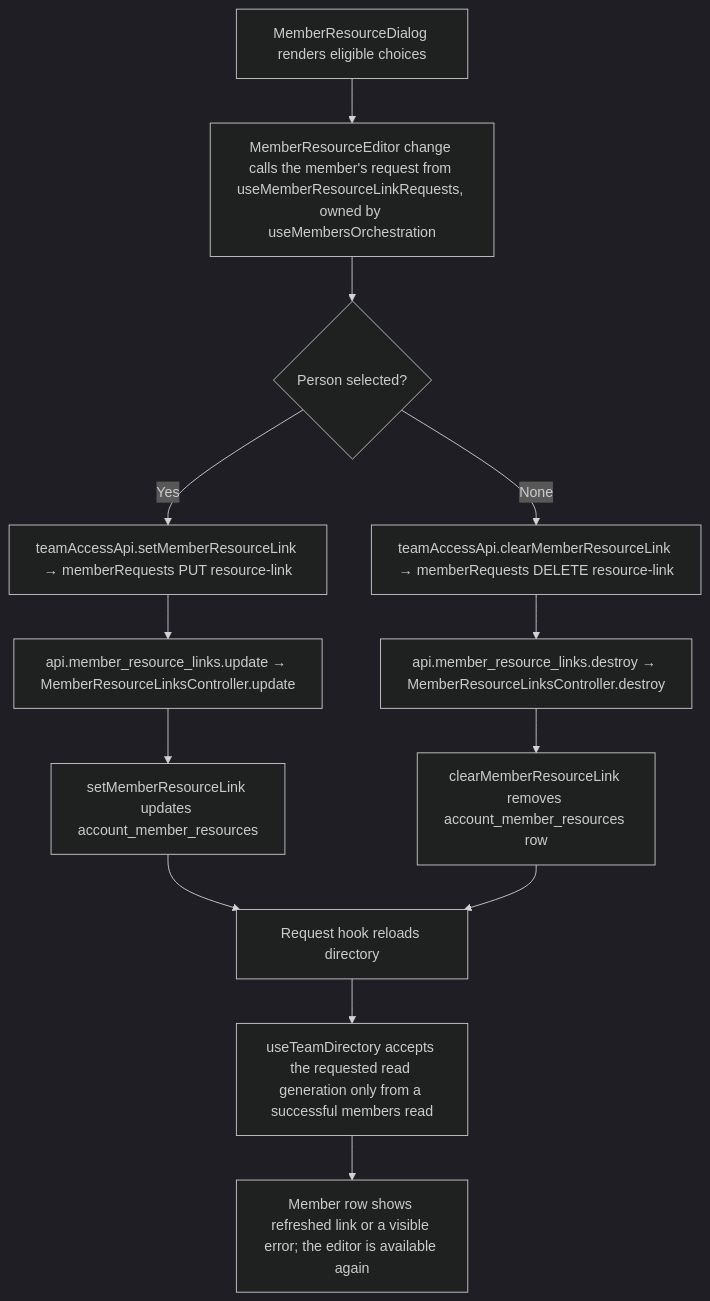
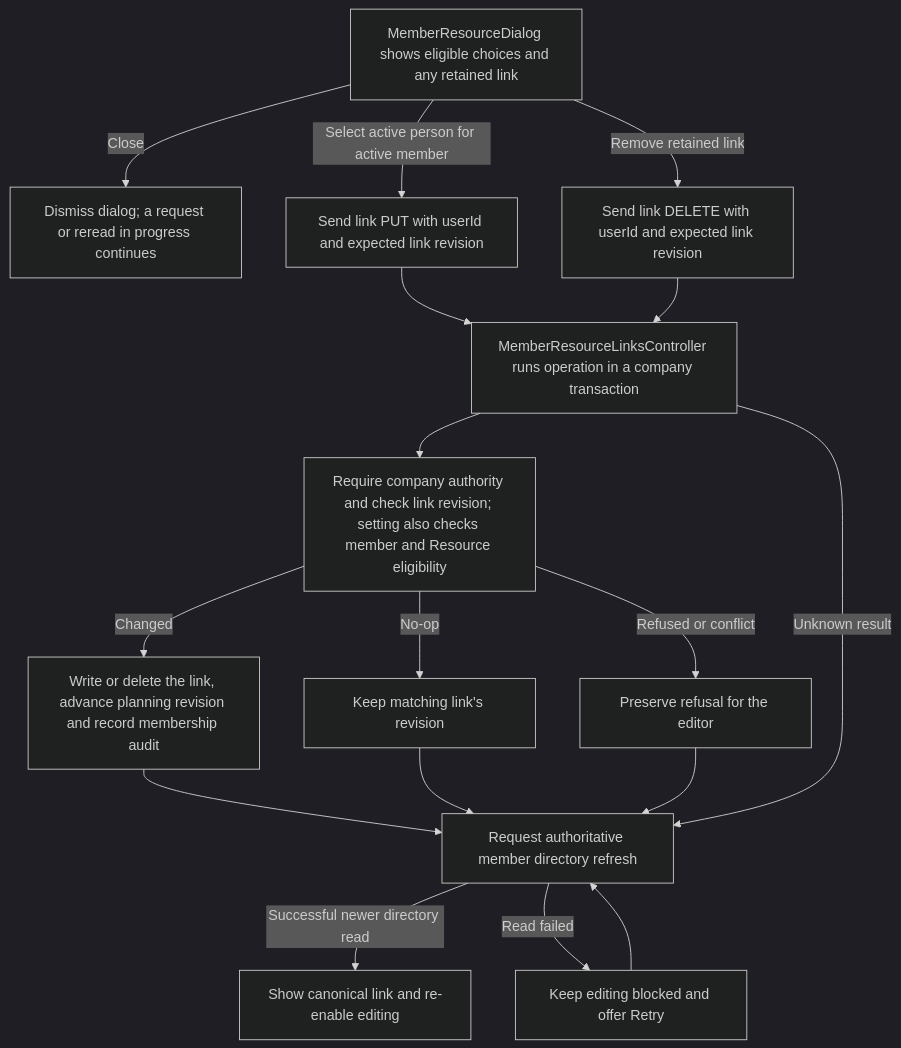
One commit to Kevinjohn/capacitylens changed the second of 2 diagrams in user-stories/team/US-TEAM-07-link-resource.md. Above: the diagram before and after it, drawn with Mermaid (dark theme). The commit also changed other lines of this file and 172 other files, not shown here.

Commit message:
docs: reconcile user story code flows with source

````diff
--- a/user-stories/team/US-TEAM-07-link-resource.md
+++ b/user-stories/team/US-TEAM-07-link-resource.md
@@ -35,15 +35,19 @@
 ```mermaid
 flowchart TD
-    Dialog["MemberResourceDialog renders eligible choices"] --> Select["MemberResourceEditor change calls the member's request from useMemberResourceLinkRequests, owned by useMembersOrchestration"]
-    Select --> Choose{"Person selected?"}
-    Choose -->|"Yes"| SetClient["teamAccessApi.setMemberResourceLink → memberRequests PUT resource-link"]
-    SetClient --> SetRoute["api.member_resource_links.update → MemberResourceLinksController.update"]
-    SetRoute --> SetLink["setMemberResourceLink updates account_member_resources"]
-    Choose -->|"None"| ClearClient["teamAccessApi.clearMemberResourceLink → memberRequests DELETE resource-link"]
-    ClearClient --> ClearRoute["api.member_resource_links.destroy → MemberResourceLinksController.destroy"]
-    ClearRoute --> ClearLink["clearMemberResourceLink removes account_member_resources row"]
-    SetLink --> Reload["Request hook reloads directory"]
-    ClearLink --> Reload
-    Reload --> Fence["useTeamDirectory accepts the requested read generation only from a successful members read"]
-    Fence --> Row["Member row shows refreshed link or a visible error; the editor is available again"]
+  row["MemberResourceDialog shows eligible choices and any retained link"] -->|Close| close["Dismiss dialog; a request or reread in progress continues"]
+  row -->|Select active person for active member| set["Send link PUT with userId and expected link revision"]
+  row -->|Remove retained link| remove["Send link DELETE with userId and expected link revision"]
+  set --> tx["MemberResourceLinksController runs operation in a company transaction"]
+  remove --> tx
+  tx --> checks["Require company authority and check link revision; setting also checks member and Resource eligibility"]
+  checks -->|Changed| write["Write or delete the link, advance planning revision and record membership audit"]
+  checks -->|No-op| retain["Keep matching link's revision"]
+  checks -->|Refused or conflict| error["Preserve refusal for the editor"]
+  write --> reread["Request authoritative member directory refresh"]
+  retain --> reread
+  error --> reread
+  tx -->|Unknown result| reread
+  reread -->|Successful newer directory read| unlock["Show canonical link and re-enable editing"]
+  reread -->|Read failed| retry["Keep editing blocked and offer Retry"]
+  retry --> reread
 ```
````
